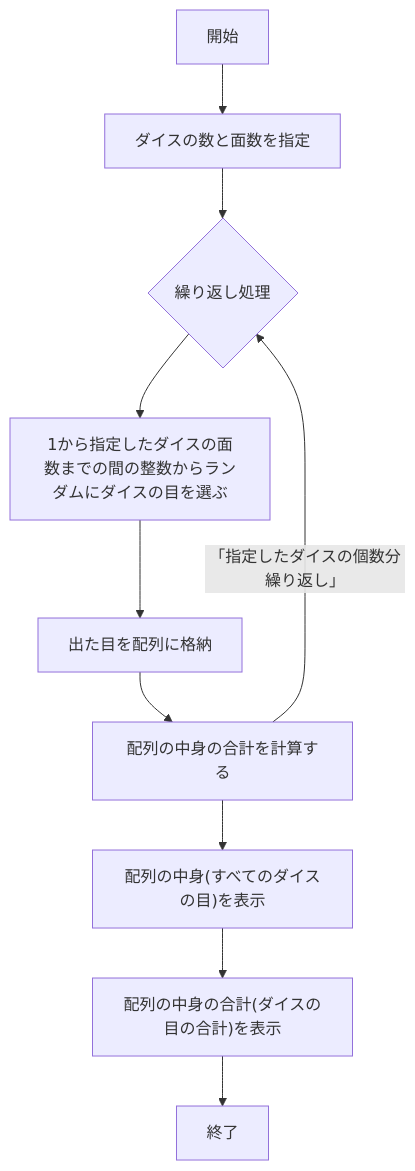
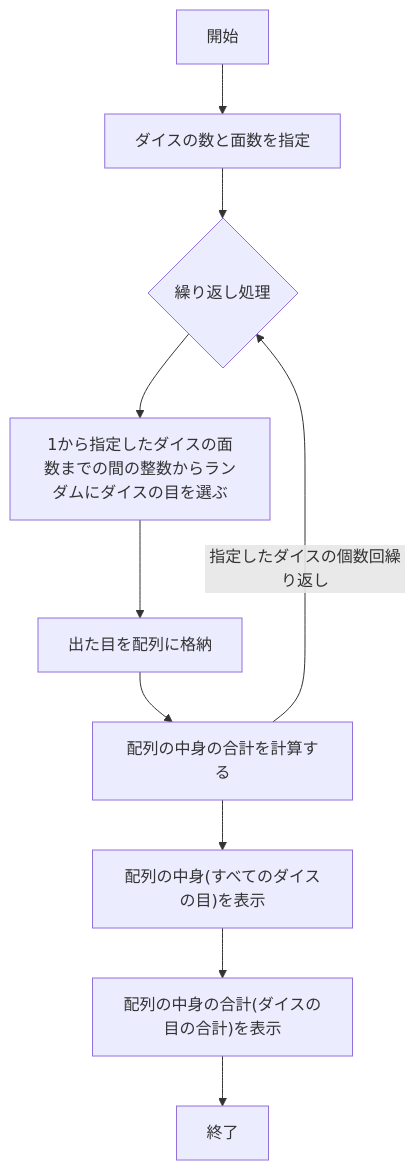
Before and after one commit to kanayuu0404/webpro_06: the second of 2 diagrams in README.md, drawn with Mermaid. The commit also changed 6 other files, not shown here.

````diff
--- a/README.md
+++ b/README.md
@@ -68,23 +68,23 @@
 ```mermaid
 flowchart TD;
 
 start["開始"];
 end1["終了"]
 sitei["ダイスの数と面数を指定"]
 roll["1から指定したダイスの面数までの間の整数からランダムにダイスの目を選ぶ"]
 dice["出た目を配列に格納"]
 dices["配列の中身の合計を計算する"]
 for{"繰り返し処理"}
 hyouji1["配列の中身(すべてのダイスの目)を表示"]
 hyouji2["配列の中身の合計(ダイスの目の合計)を表示"]
 
 start --> sitei
 sitei --> for
 for --> roll
 roll --> dice
 dice --> dices
-dices -->|「指定したダイスの個数分繰り返し」| for
+dices -->|指定したダイスの個数回繰り返し| for
 dices --> hyouji1
 hyouji1 --> hyouji2
 hyouji2 --> end1
 ```
````
